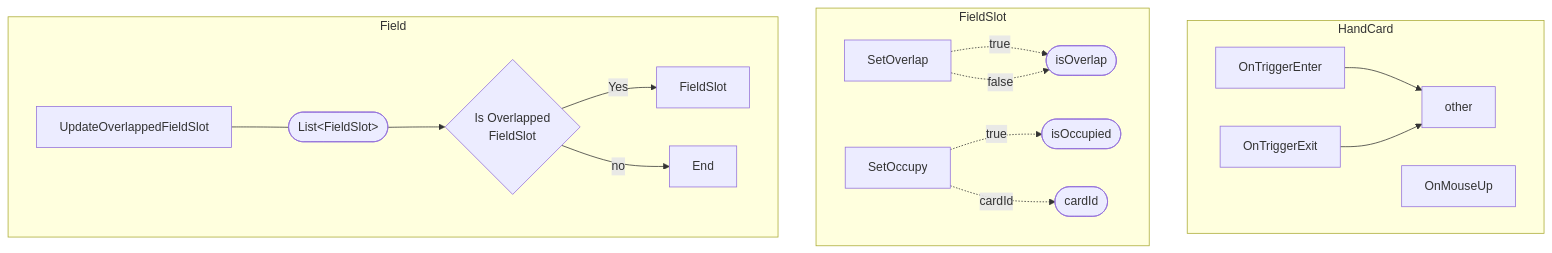
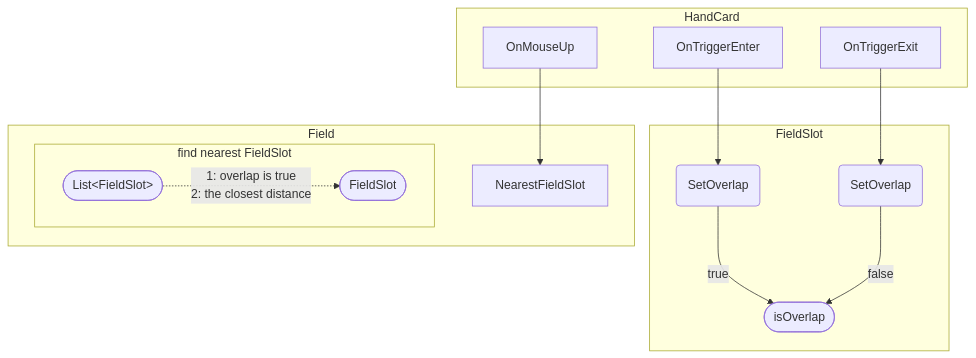
The third of 3 diagrams in Assets/ERang/Flowcharts/Card.md (Milkbboy/repo), drawn with Mermaid before and after one commit. The commit also changed other lines of this file, not shown here.

First line of the commit message:
flowchart - card 필드 슬롯 설정

````diff
--- a/Assets/ERang/Flowcharts/Card.md
+++ b/Assets/ERang/Flowcharts/Card.md
@@ -35,26 +63,23 @@
 ```mermaid
 flowchart TB
     subgraph HandCard
-    OnTriggerEnter --> other
-    OnTriggerExit --> other
-    OnMouseUp
+        OnTriggerEnter
+        OnTriggerExit
+        OnMouseUp
     end
-
     subgraph FieldSlot
-    SetOverlap-. true .-> overlap
-    SetOverlap-. false .-> overlap
-    overlap([ isOverlap ])
-    SetOccupy-. true .-> occupy
-    SetOccupy-. cardId .-> cardId
-    occupy([ isOccupied ])
-    cardId([ cardId ])
+        overlapped( SetOverlap ) -- true --> overlapValue
+        separated( SetOverlap ) -- false --> overlapValue
+        overlapValue([ isOverlap ])
     end
-
     subgraph Field
-    UpdateOverlappedFieldSlot --- slots
-    slots([ List#lt;FieldSlot#gt; ])
-    slots --> find{ Is Overlapped<br>FieldSlot }
-    find -- Yes --> found[ FieldSlot ]
-    find -- no --> End
+        NearestFieldSlot
+        subgraph find nearest FieldSlot
+            slots([ List#lt;FieldSlot#gt; ]) -. 1: overlap is true <br> 2: the closest distance .-> found
+        end
+        found([ FieldSlot ])
     end
+    OnTriggerEnter --> overlapped
+    OnTriggerExit --> separated
+    OnMouseUp --> NearestFieldSlot
 ```
````
